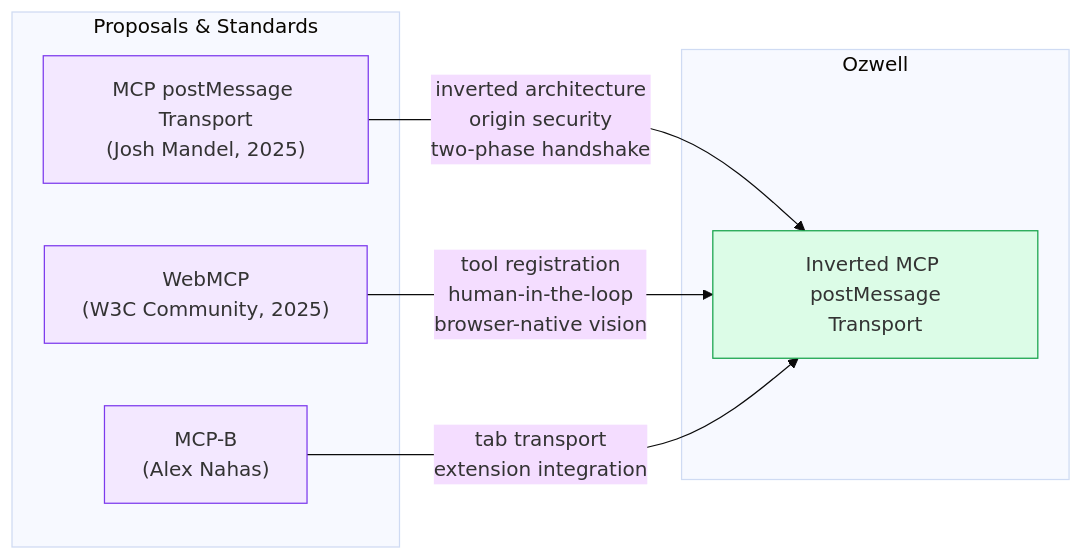
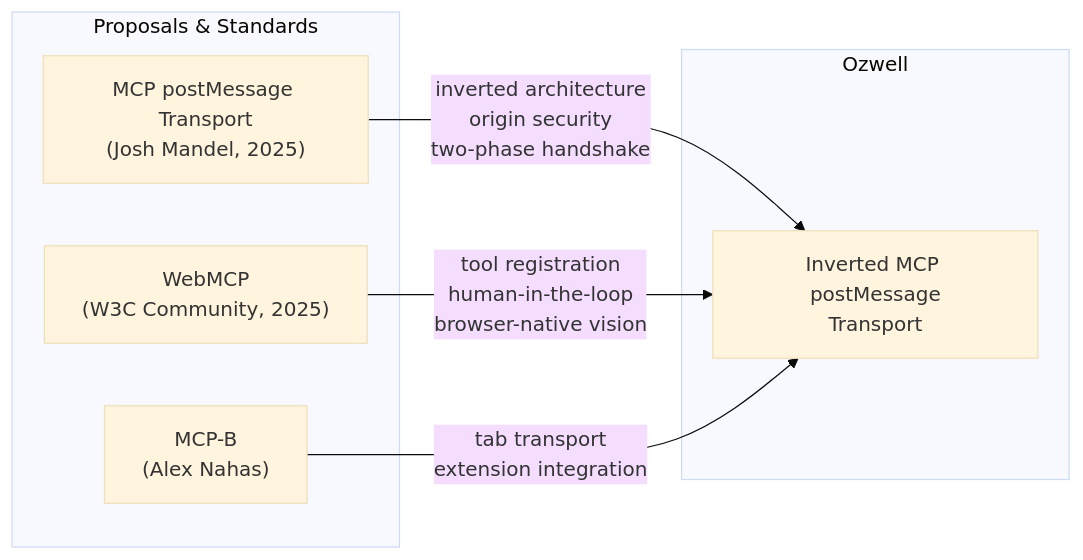
Before and after one commit to mieweb/ozwellai-api: the second of 2 diagrams in docs/frontend/mcp-postmessage-standard.md, drawn with Mermaid (base theme). The commit also changed other lines of this file and 4 other files, not shown here.

First line of the commit message:
fix: mermaid dark mode and navbar toggle visibility

````diff
--- a/docs/frontend/mcp-postmessage-standard.md
+++ b/docs/frontend/mcp-postmessage-standard.md
@@ -163,21 +158,16 @@
 ```mermaid
 graph LR
     subgraph "Proposals & Standards"
         MCP["MCP postMessage Transport<br/>(Josh Mandel, 2025)"]
         WebMCP["WebMCP<br/>(W3C Community, 2025)"]
         MCPB["MCP-B<br/>(Alex Nahas)"]
     end
 
     subgraph "Ozwell"
         OZ["Inverted MCP postMessage<br/>Transport"]
     end
 
     MCP -->|"inverted architecture<br/>origin security<br/>two-phase handshake"| OZ
     WebMCP -->|"tool registration<br/>human-in-the-loop<br/>browser-native vision"| OZ
     MCPB -->|"tab transport<br/>extension integration"| OZ
-
-    classDef proposal fill:#f3e8ff,stroke:#7c3aed
-    classDef ozwell fill:#dcfce7,stroke:#16a34a
-    class MCP,WebMCP,MCPB proposal
-    class OZ ozwell
 ```
````
